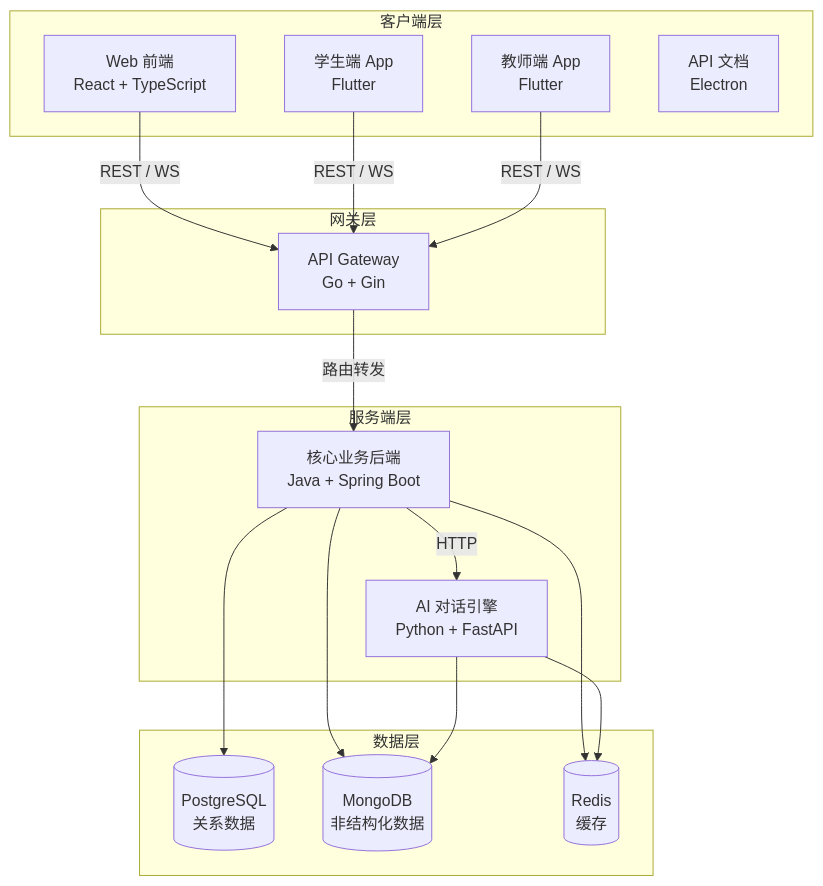
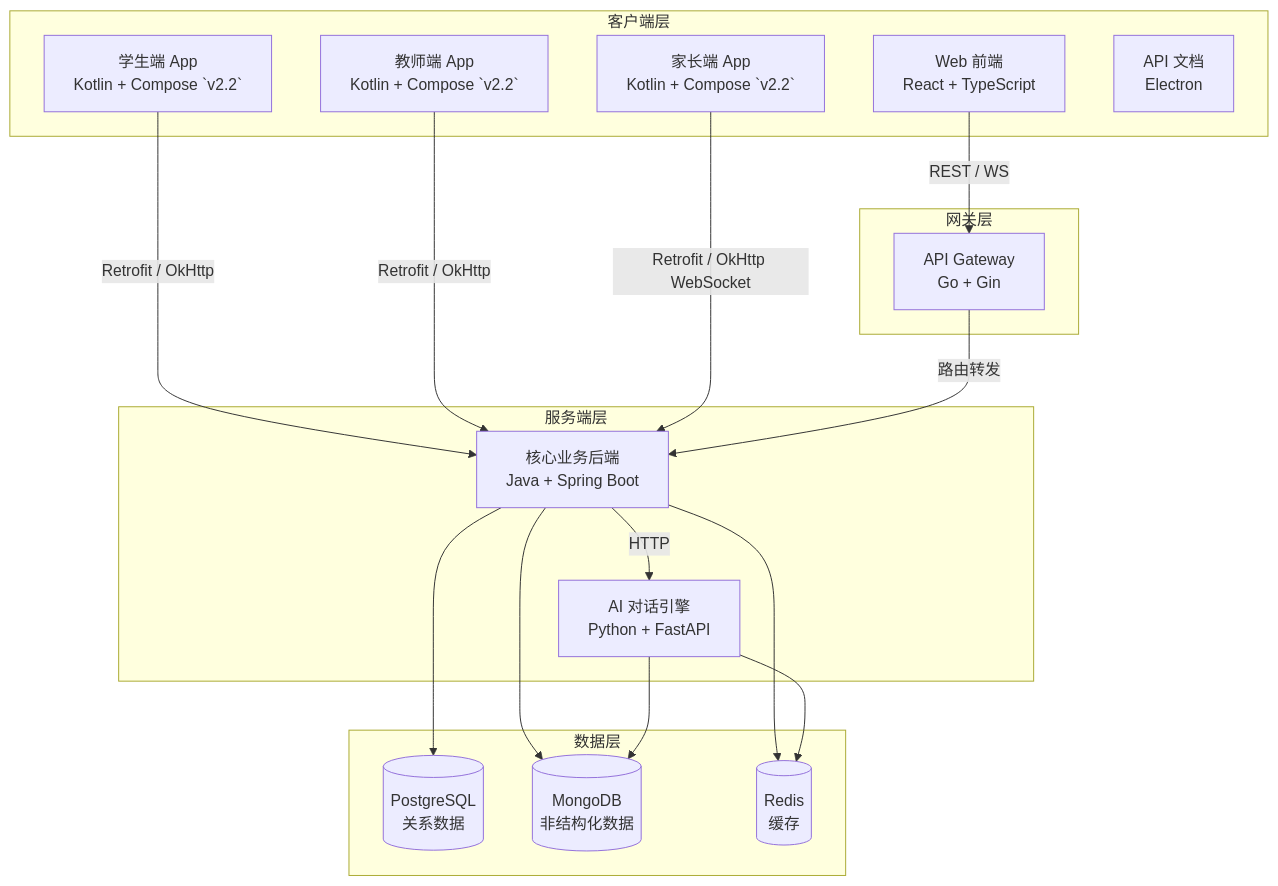
The first of 5 diagrams in docs/code-wiki/architecture.md (user-unknowed/-StarIsle-), drawn with Mermaid before and after one commit. The commit also changed other lines of this file and 150 other files, not shown here.

First line of the commit message:
feat: v2.2 移动三端 Kotlin + Compose 迁移并对齐 wiki/README 文档

````diff
--- a/docs/code-wiki/architecture.md
+++ b/docs/code-wiki/architecture.md
@@ -7,35 +7,37 @@
 ```mermaid
 flowchart TB
     subgraph Frontend["客户端层"]
         A["Web 前端<br/>React + TypeScript"]
-        B["学生端 App<br/>Flutter"]
-        C["教师端 App<br/>Flutter"]
+        B["学生端 App<br/>Kotlin + Compose `v2.2`"]
+        C["教师端 App<br/>Kotlin + Compose `v2.2`"]
+        P["家长端 App<br/>Kotlin + Compose `v2.2`"]
         D["API 文档<br/>Electron"]
     end
 
     subgraph Gateway["网关层"]
         E["API Gateway<br/>Go + Gin"]
     end
 
     subgraph Backend["服务端层"]
         F["核心业务后端<br/>Java + Spring Boot"]
         G["AI 对话引擎<br/>Python + FastAPI"]
     end
 
     subgraph Data["数据层"]
         H[("PostgreSQL<br/>关系数据")]
         I[("MongoDB<br/>非结构化数据")]
         J[("Redis<br/>缓存")]
     end
 
     A -->|"REST / WS"| E
-    B -->|"REST / WS"| E
-    C -->|"REST / WS"| E
+    B -->|"Retrofit / OkHttp"| F
+    C -->|"Retrofit / OkHttp"| F
+    P -->|"Retrofit / OkHttp WebSocket"| F
     E -->|"路由转发"| F
     F -->|"HTTP"| G
     F --> H
     F --> I
     F --> J
     G --> I
     G --> J
 ```
````
